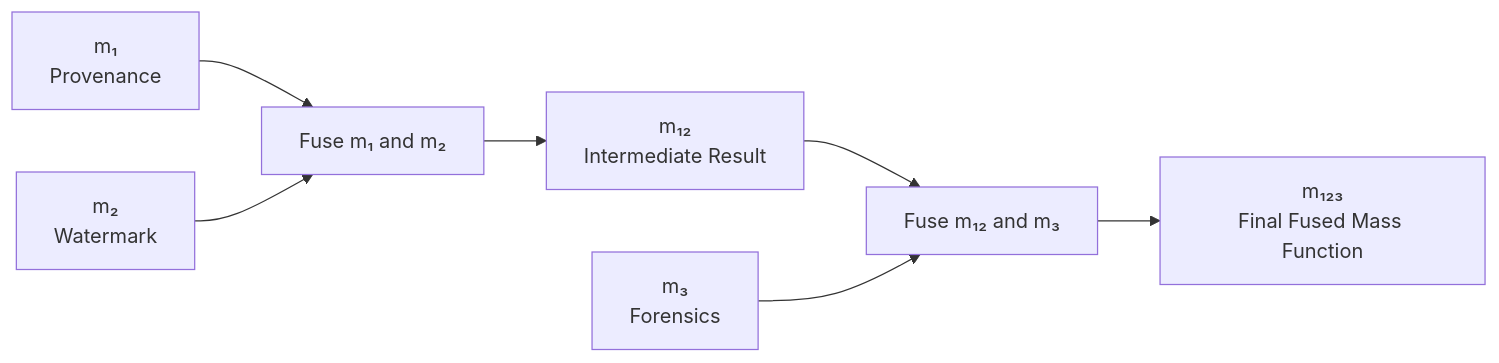
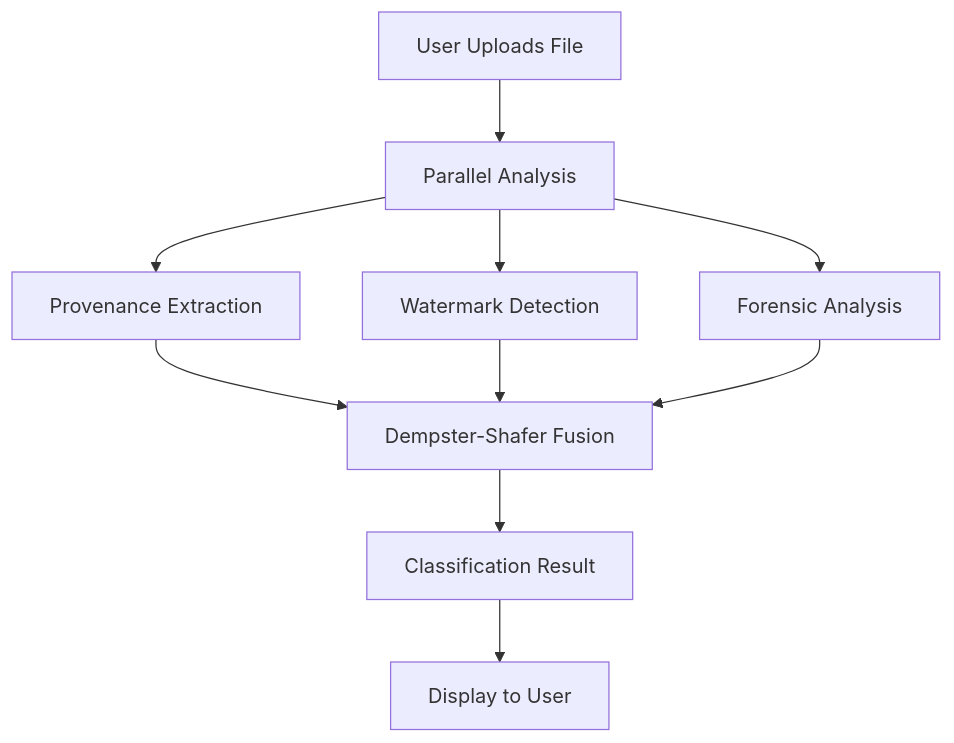
The ninth of 9 diagrams in docs/docs.md (Ashking-tech/python-script), drawn with Mermaid before and after one commit. The commit also changed other lines of this file, not shown here.

````diff
--- a/docs/docs.md
+++ b/docs/docs.md
@@ -567,9 +807,12 @@
 ```mermaid
-flowchart LR
-    A[m₁<br>Provenance] --> D[Fuse m₁ and m₂]
-    B[m₂<br>Watermark] --> D
-    D --> E[m₁₂<br>Intermediate Result]
-    E --> F[Fuse m₁₂ and m₃]
-    C[m₃<br>Forensics] --> F
-    F --> G[m₁₂₃<br>Final Fused Mass Function]
+flowchart TD
+    A[User Uploads File] --> B[Parallel Analysis]
+    B --> C[Provenance Extraction]
+    B --> D[Watermark Detection]
+    B --> E[Forensic Analysis]
+    C --> F[Dempster-Shafer Fusion]
+    D --> F
+    E --> F
+    F --> G[Classification Result]
+    G --> H[Display to User]
 ```
````
